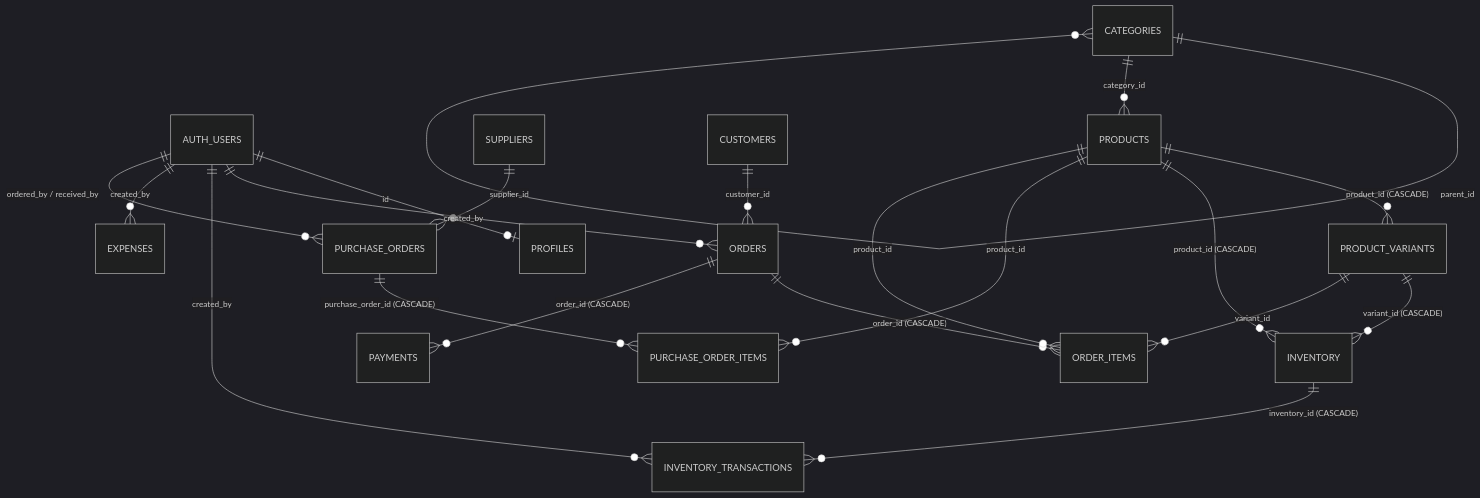
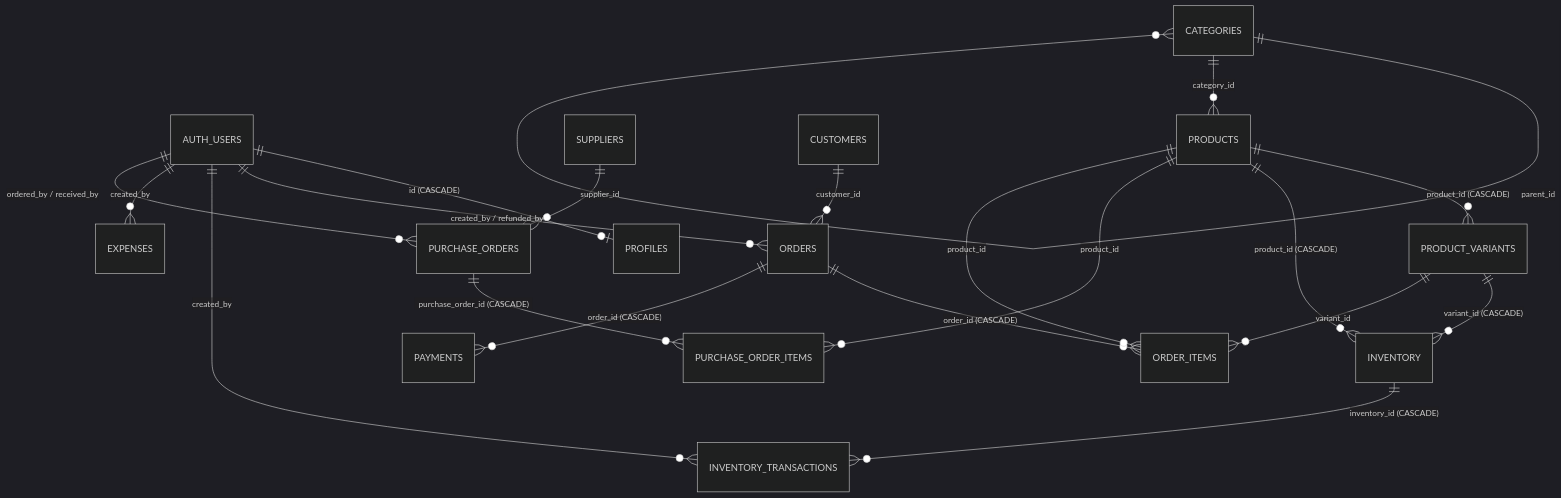
One commit to CarlosDevSanchez/barstock changed the diagram in docs/02-base-de-datos/02-relaciones-y-diagrama.md. Above: the diagram before and after it, drawn with Mermaid (dark theme). The commit also changed other lines of this file and 23 other files, not shown here.

First line of the commit message:
docs: rewrite README and the architecture, database, module and guide docs

````diff
--- a/docs/02-base-de-datos/02-relaciones-y-diagrama.md
+++ b/docs/02-base-de-datos/02-relaciones-y-diagrama.md
@@ -5,22 +5,22 @@
 ```mermaid
 erDiagram
-    AUTH_USERS ||--o| PROFILES : "id"
+    AUTH_USERS ||--o| PROFILES : "id (CASCADE)"
     CATEGORIES ||--o{ CATEGORIES : "parent_id"
     CATEGORIES ||--o{ PRODUCTS : "category_id"
     PRODUCTS ||--o{ PRODUCT_VARIANTS : "product_id (CASCADE)"
     PRODUCTS ||--o{ INVENTORY : "product_id (CASCADE)"
     PRODUCT_VARIANTS ||--o{ INVENTORY : "variant_id (CASCADE)"
     INVENTORY ||--o{ INVENTORY_TRANSACTIONS : "inventory_id (CASCADE)"
     SUPPLIERS ||--o{ PURCHASE_ORDERS : "supplier_id"
     PURCHASE_ORDERS ||--o{ PURCHASE_ORDER_ITEMS : "purchase_order_id (CASCADE)"
     PRODUCTS ||--o{ PURCHASE_ORDER_ITEMS : "product_id"
     CUSTOMERS ||--o{ ORDERS : "customer_id"
     ORDERS ||--o{ ORDER_ITEMS : "order_id (CASCADE)"
     ORDERS ||--o{ PAYMENTS : "order_id (CASCADE)"
     PRODUCTS ||--o{ ORDER_ITEMS : "product_id"
     PRODUCT_VARIANTS ||--o{ ORDER_ITEMS : "variant_id"
-    AUTH_USERS ||--o{ ORDERS : "created_by"
+    AUTH_USERS ||--o{ ORDERS : "created_by / refunded_by"
     AUTH_USERS ||--o{ INVENTORY_TRANSACTIONS : "created_by"
     AUTH_USERS ||--o{ EXPENSES : "created_by"
     AUTH_USERS ||--o{ PURCHASE_ORDERS : "ordered_by / received_by"
 ```
````
